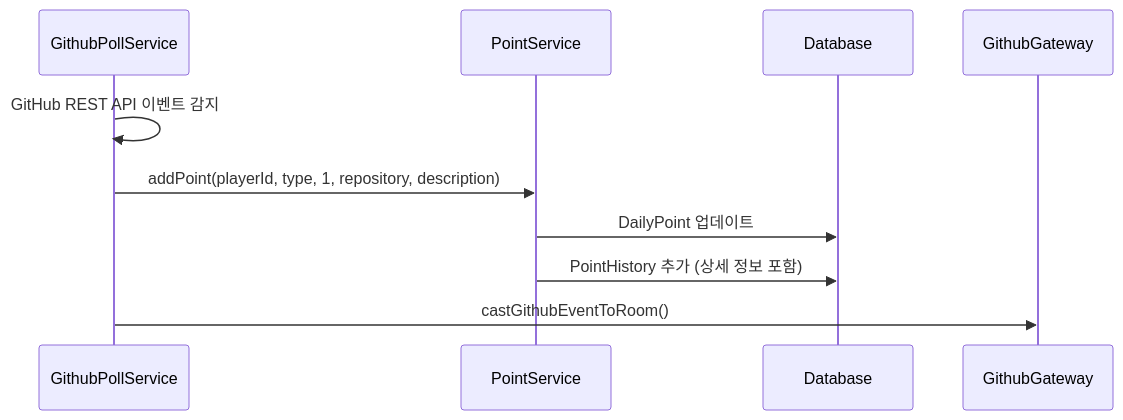
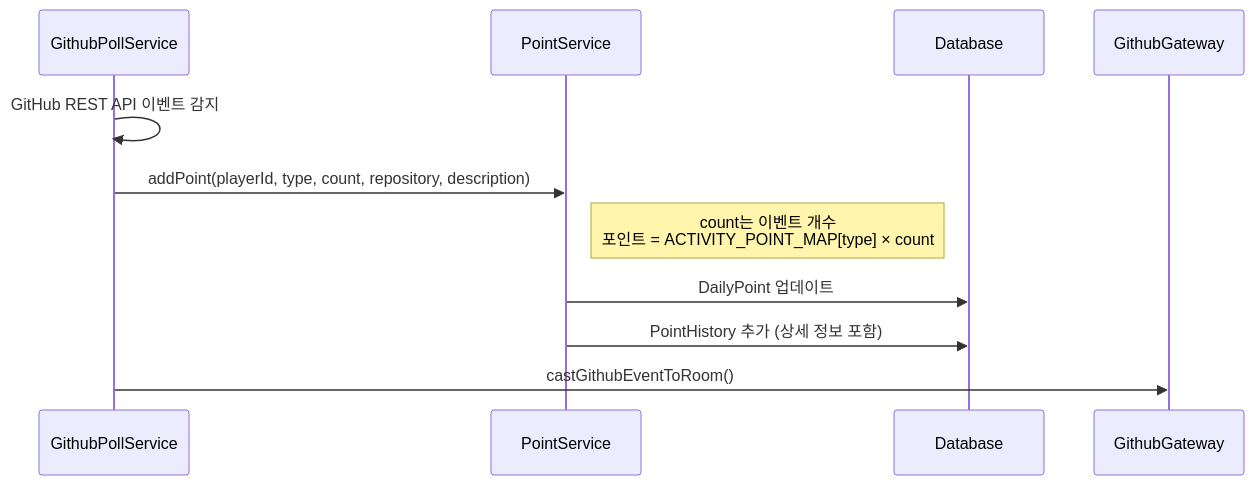
Before and after one commit to boostcampwm2025/web19-estrogenquattro: the first of 4 diagrams in docs/features/POINT_SYSTEM.md, drawn with Mermaid. The commit also changed other lines of this file and 2 other files, not shown here.

Commit message:
fix: 커밋 포인트 정책 3에서 2로 수정
- ACTIVITY_POINT_MAP[COMMITTED]: 3 → 2 변경
- 문서 포인트 값 업데이트
- addPoint 파라미터 설명 주석 추가 (count는 이벤트 개수)

````diff
--- a/docs/features/POINT_SYSTEM.md
+++ b/docs/features/POINT_SYSTEM.md
@@ -187,13 +187,14 @@
 ```mermaid
 sequenceDiagram
     participant Poll as GithubPollService
     participant PS as PointService
     participant DB as Database
     participant GW as GithubGateway
 
     Poll->>Poll: GitHub REST API 이벤트 감지
-    Poll->>PS: addPoint(playerId, type, 1, repository, description)
+    Poll->>PS: addPoint(playerId, type, count, repository, description)
+    Note right of PS: count는 이벤트 개수<br/>포인트 = ACTIVITY_POINT_MAP[type] × count
     PS->>DB: DailyPoint 업데이트
     PS->>DB: PointHistory 추가 (상세 정보 포함)
     Poll->>GW: castGithubEventToRoom()
 ```
````
